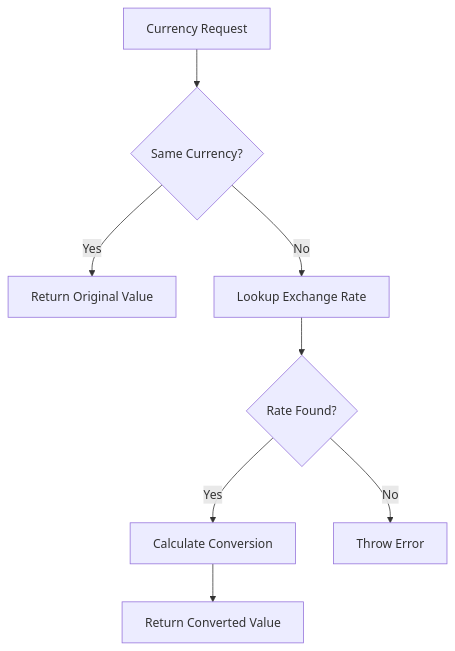
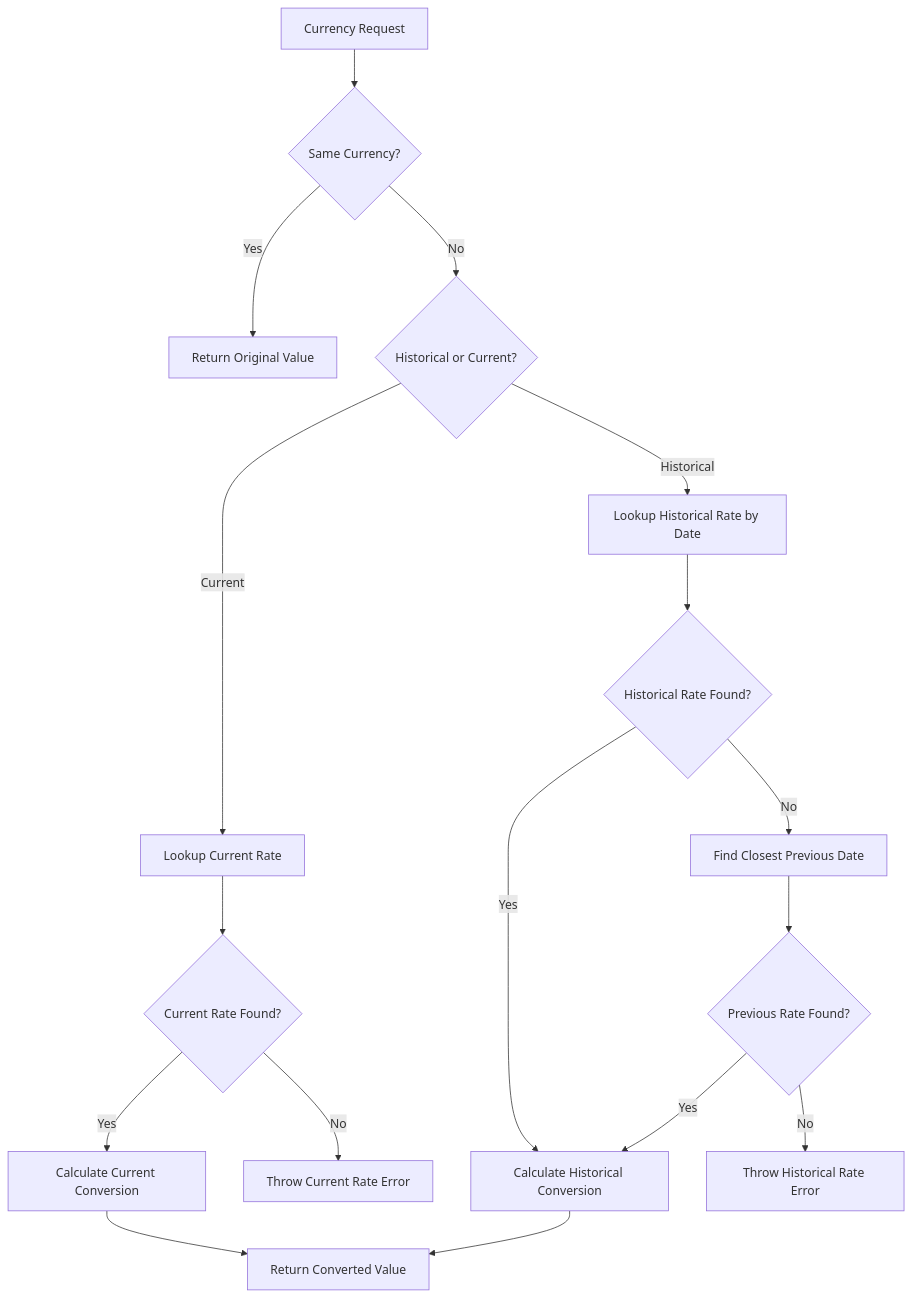
The sixth of 7 diagrams in BACKEND_ARCHITECTURE.md (azeema11/azerro_backend), drawn with Mermaid before and after one commit. The commit also changed other lines of this file and 22 other files, not shown here.

````diff
--- a/BACKEND_ARCHITECTURE.md
+++ b/BACKEND_ARCHITECTURE.md
@@ -452,10 +470,19 @@
 ```mermaid
 graph TD
     A[Currency Request] --> B{Same Currency?}
     B -->|Yes| C[Return Original Value]
-    B -->|No| D[Lookup Exchange Rate]
-    D --> E{Rate Found?}
-    E -->|Yes| F[Calculate Conversion]
-    E -->|No| G[Throw Error]
-    F --> H[Return Converted Value]
+    B -->|No| D{Historical or Current?}
+    D -->|Current| E[Lookup Current Rate]
+    D -->|Historical| F[Lookup Historical Rate by Date]
+    E --> G{Current Rate Found?}
+    F --> H{Historical Rate Found?}
+    G -->|Yes| I[Calculate Current Conversion]
+    G -->|No| J[Throw Current Rate Error]
+    H -->|Yes| K[Calculate Historical Conversion]
+    H -->|No| L[Find Closest Previous Date]
+    L --> M{Previous Rate Found?}
+    M -->|Yes| K
+    M -->|No| N[Throw Historical Rate Error]
+    I --> O[Return Converted Value]
+    K --> O
 ```
````
